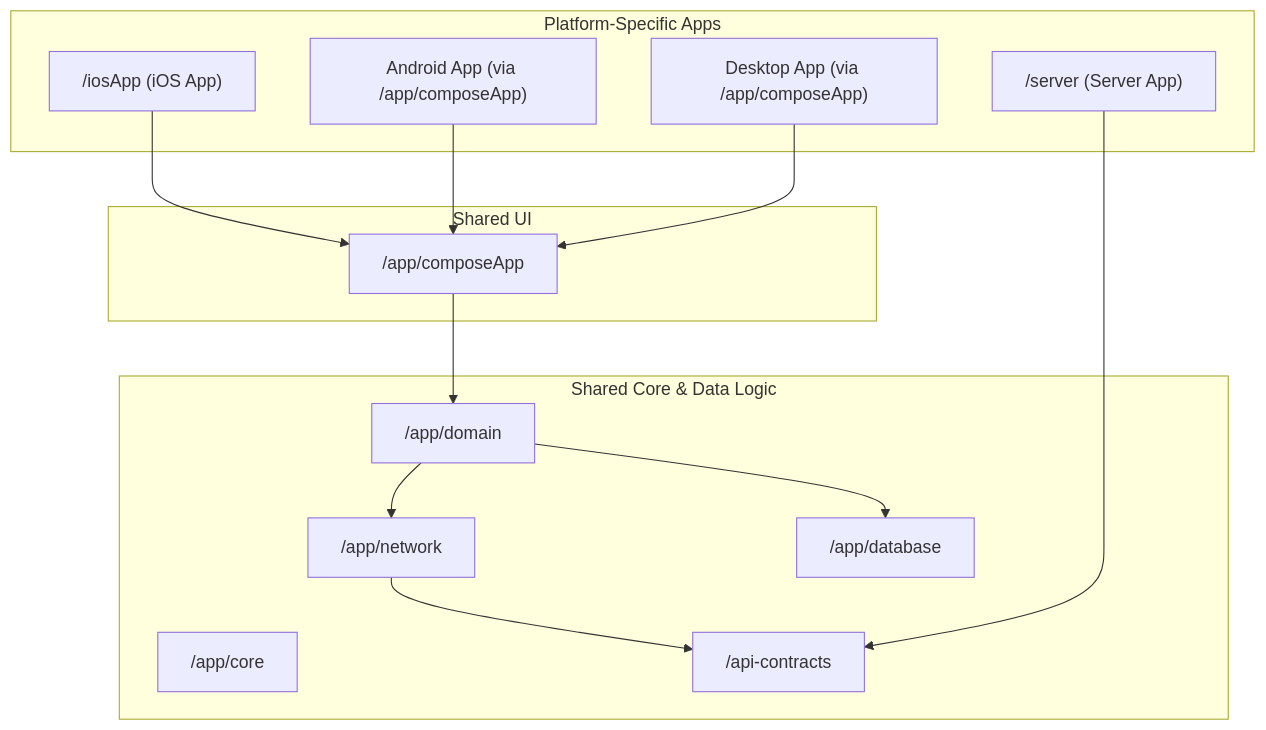
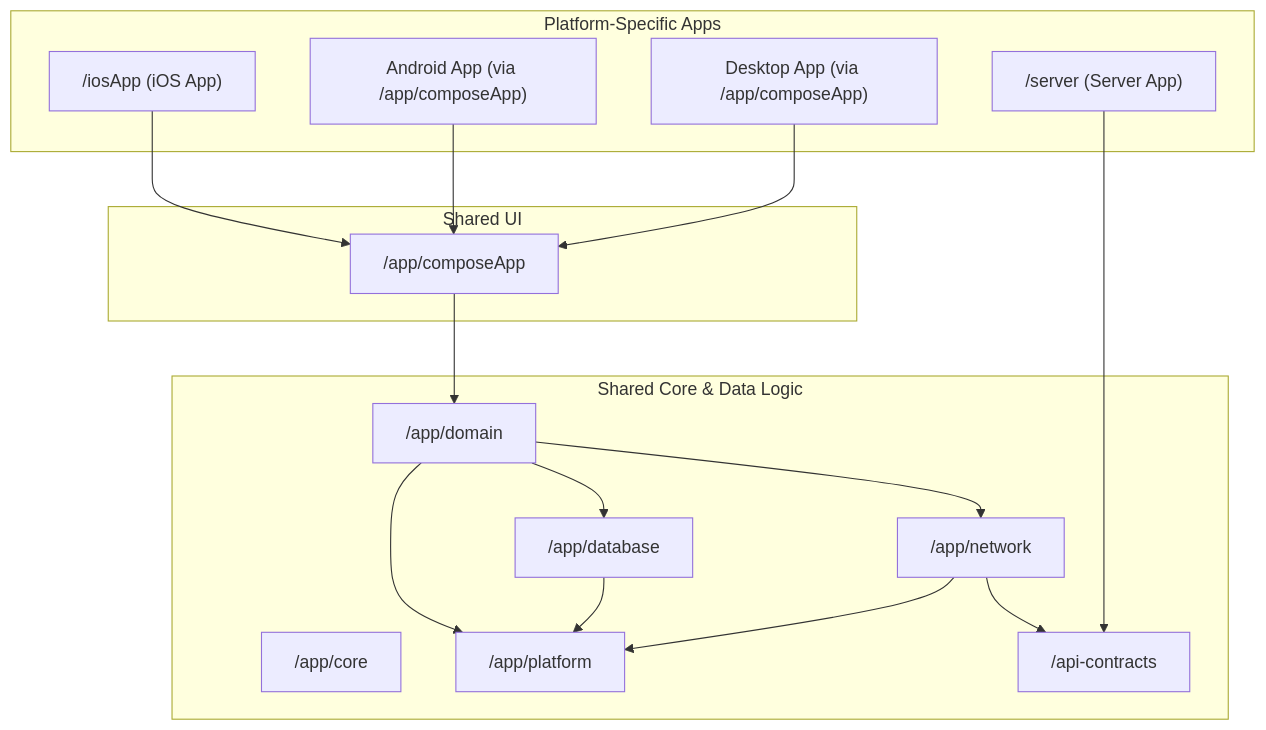
The diagram in README.md (GautierLouis/Sample-Compose-Multiplatform), drawn with Mermaid before and after one commit. The commit also changed other lines of this file and 47 other files, not shown here.

````diff
--- a/README.md
+++ b/README.md
@@ -11,35 +11,39 @@
 ```mermaid
 graph TD
     subgraph "Platform-Specific Apps"
         A1["/iosApp (iOS App)"]
         A2["Android App (via /app/composeApp)"]
         A3["Desktop App (via /app/composeApp)"]
         S["/server (Server App)"]
     end
 
     subgraph "Shared UI"
         UI["/app/composeApp"]
     end
 
     subgraph "Shared Core & Data Logic"
         C["/app/core"]
         D["/app/domain"]
         N["/app/network"]
+        P["/app/platform"]
         DB["/app/database"]
         AC["/api-contracts"]
     end
 
     %% Application Dependencies
     A1 --> UI
     A2 --> UI
     A3 --> UI
 
     %% UI Dependencies
     UI --> D
 
     %% Core Logic Dependencies
+    D --> P
     D --> DB
     D --> N
+    DB --> P
+    N --> P
     N --> AC
     S --> AC
 ```
````
